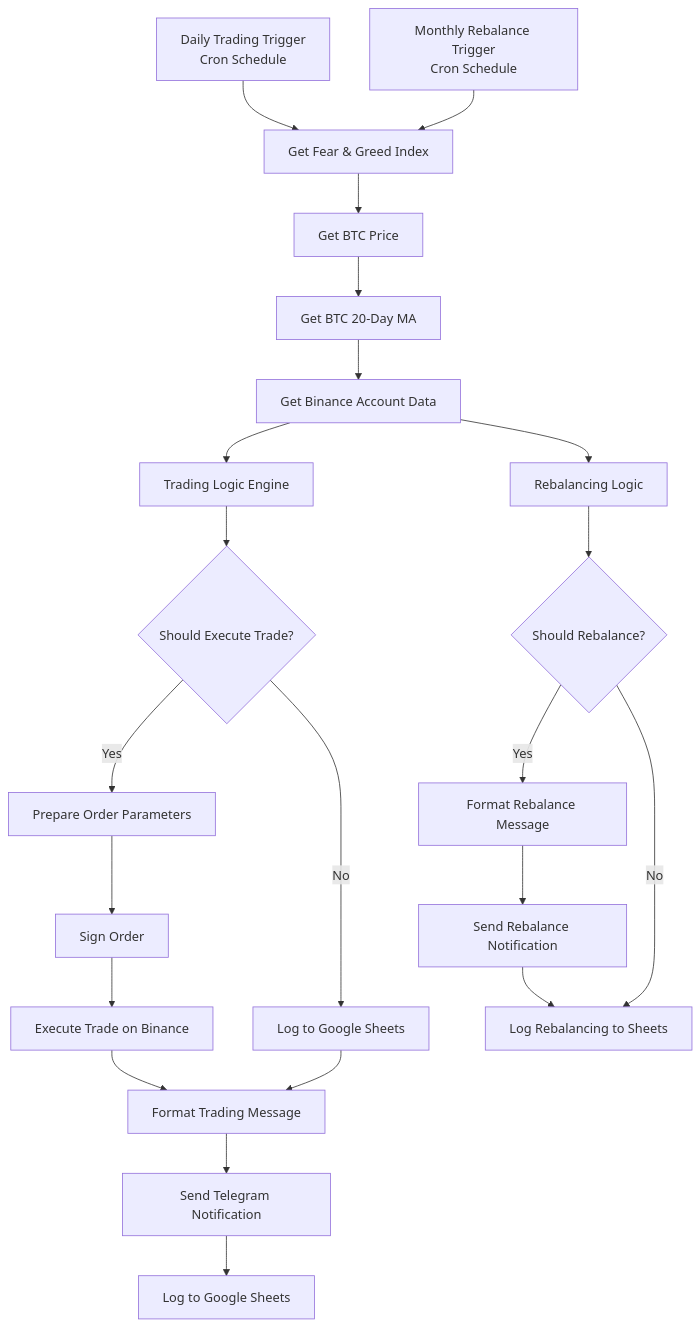
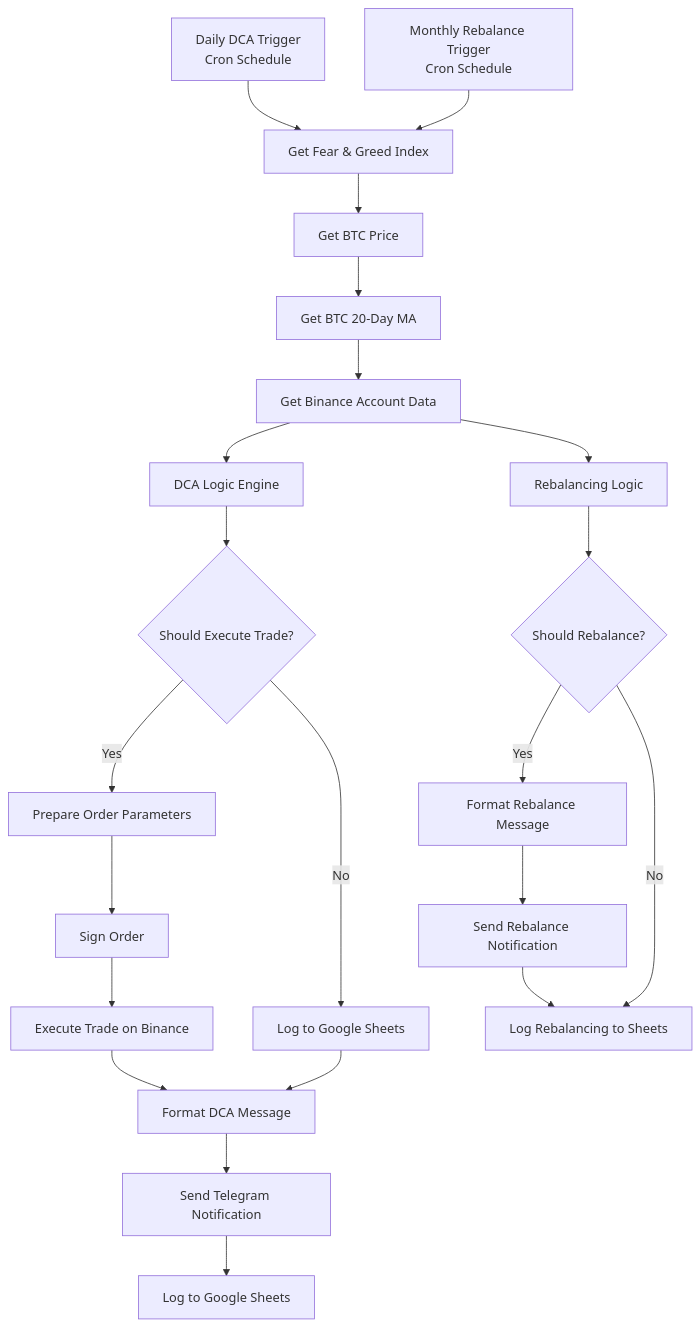
One commit to DwcQuocXa/n8n-btc-dca-automate changed the diagram in system-architecture.md. Above: the diagram before and after it, drawn with Mermaid. The commit also changed other lines of this file and 5 other files, not shown here.

Commit message:
change the word trading to dca

````diff
--- a/system-architecture.md
+++ b/system-architecture.md
@@ -41,24 +41,24 @@
 ```mermaid
 flowchart TD
-    A[Daily Trading Trigger<br/>Cron Schedule] --> C[Get Fear & Greed Index]
+    A[Daily DCA Trigger<br/>Cron Schedule] --> C[Get Fear & Greed Index]
     B[Monthly Rebalance Trigger<br/>Cron Schedule] --> C
     C --> D[Get BTC Price]
     D --> E[Get BTC 20-Day MA]
     E --> F[Get Binance Account Data]
-    F --> G[Trading Logic Engine]
+    F --> G[DCA Logic Engine]
     F --> H[Rebalancing Logic]
     G --> I{Should Execute Trade?}
     H --> J{Should Rebalance?}
     I -->|Yes| K[Prepare Order Parameters]
     I -->|No| L[Log to Google Sheets]
     J -->|Yes| M[Format Rebalance Message]
     J -->|No| N[Log Rebalancing to Sheets]
     K --> O[Sign Order]
     O --> P[Execute Trade on Binance]
-    P --> Q[Format Trading Message]
+    P --> Q[Format DCA Message]
     Q --> R[Send Telegram Notification]
     M --> S[Send Rebalance Notification]
     L --> Q
     R --> T[Log to Google Sheets]
     S --> N
 ```
````
